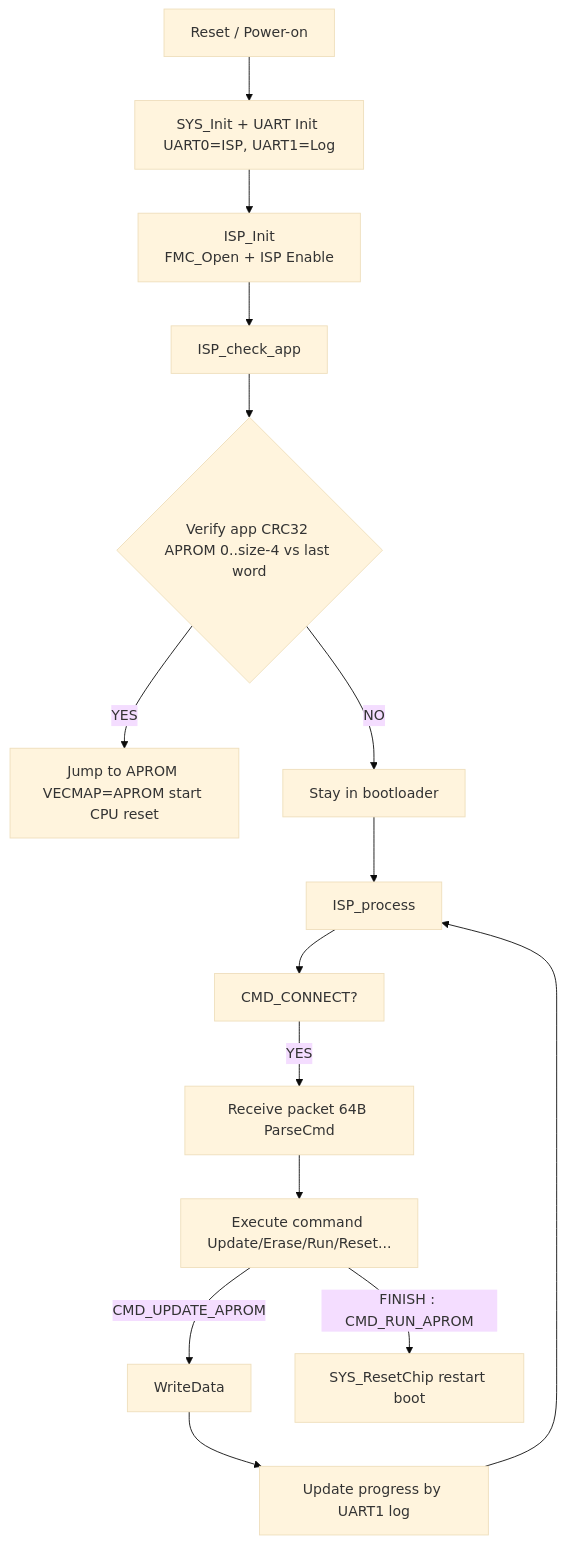
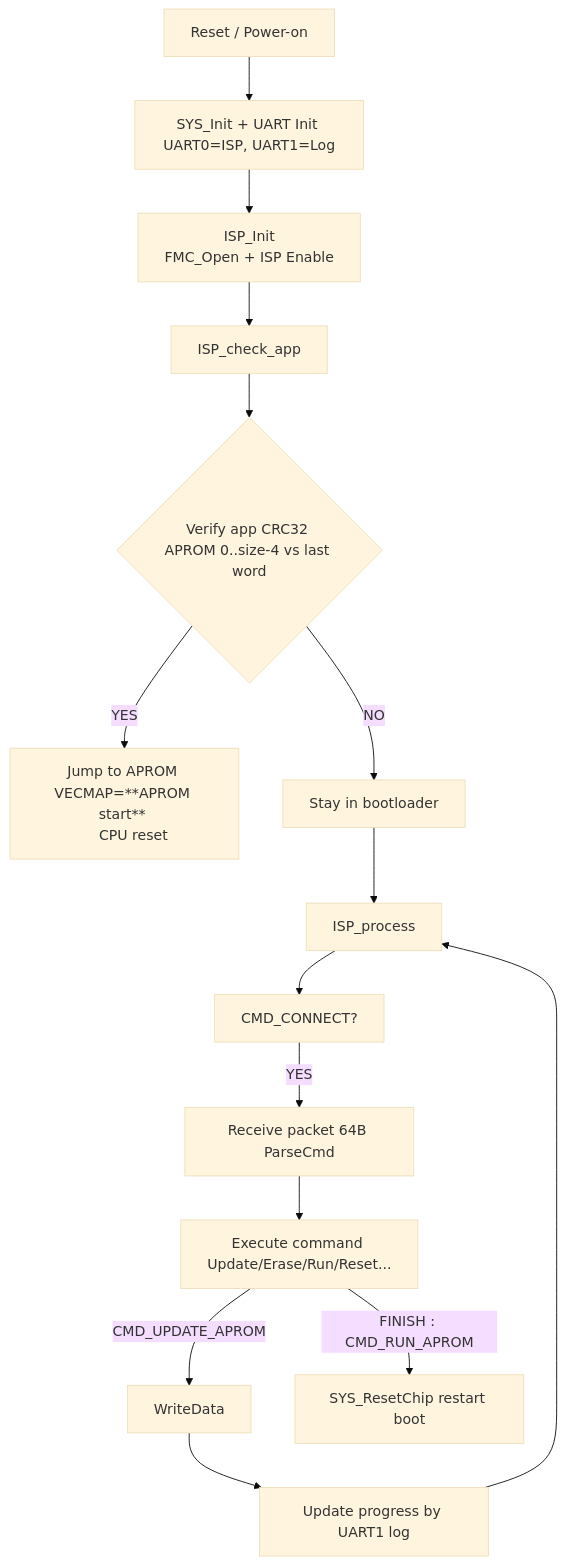
One commit to released/slide_Nuvoton-ISP-code_in_LDROM_APROM changed the first of 2 diagrams in index.md. Above: the diagram before and after it, drawn with Mermaid (base theme). The commit also changed other lines of this file and 1 other file, not shown here.

````diff
--- a/index.md
+++ b/index.md
@@ -83,18 +83,19 @@
 ```mermaid
 flowchart TD
     A[Reset / Power-on] --> B[SYS_Init + UART Init UART0=ISP, UART1=Log]
     B --> C[ISP_Init 
     FMC_Open + ISP Enable]
     C --> D[ISP_check_app]
     D --> E{Verify app CRC32 APROM 0..size-4 vs last word}
-    E -->|YES| F[Jump to APROM VECMAP=APROM start CPU reset]
+    E -->|YES| F[Jump to APROM VECMAP=**APROM start** 
+    CPU reset]
     E -->|NO| G[Stay in bootloader]
     G --> H[ISP_process]
     H --> I[CMD_CONNECT?]
     I -->|YES| J[Receive packet 64B ParseCmd]
     J --> K[Execute command Update/Erase/Run/Reset...]
     K -->|CMD_UPDATE_APROM| L[WriteData]
     L --> M[Update progress by UART1 log]
     M --> H    
     K-->|FINISH : CMD_RUN_APROM| N[SYS_ResetChip restart boot]
 ```
````
